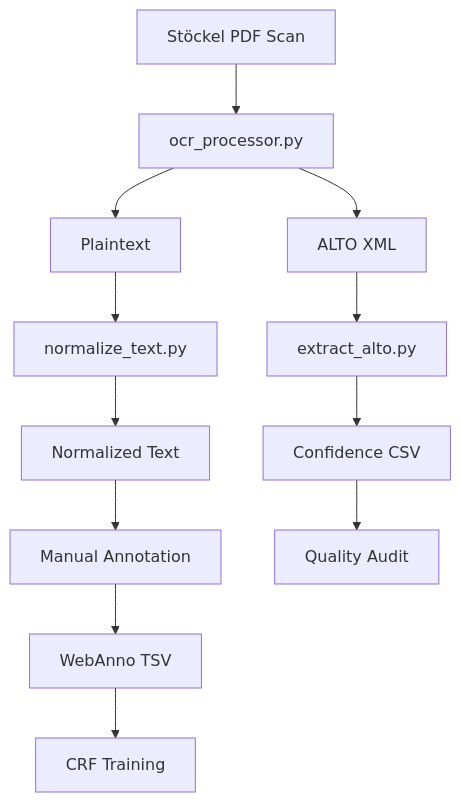
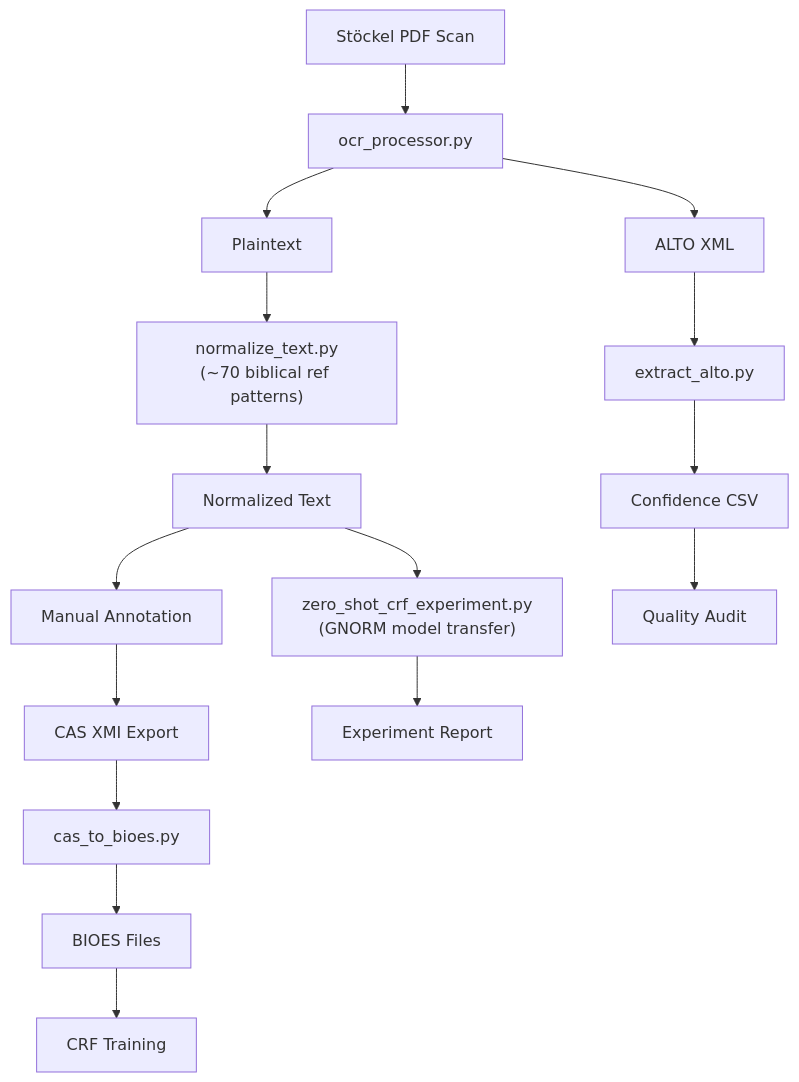
The diagram in docs/pipeline/stockel-pilot.md (michalvalco/ITSERR-RESILIENCE-Project), drawn with Mermaid before and after one commit. The commit also changed other lines of this file and 6 other files, not shown here.

````diff
--- a/docs/pipeline/stockel-pilot.md
+++ b/docs/pipeline/stockel-pilot.md
@@ -68,14 +72,18 @@
 ```mermaid
 graph TB
     PDF[Stöckel PDF Scan] --> OCR[ocr_processor.py]
     OCR --> TXT[Plaintext]
     OCR --> ALTO[ALTO XML]
     ALTO --> Parser[extract_alto.py]
     Parser --> Confidence[Confidence CSV]
-    TXT --> Norm[normalize_text.py]
+    TXT --> Norm["normalize_text.py<br>(~70 biblical ref patterns)"]
     Norm --> Clean[Normalized Text]
     Clean --> INCEpTION[Manual Annotation]
-    INCEpTION --> Export[WebAnno TSV]
-    Export --> CRF[CRF Training]
+    INCEpTION --> CASExport[CAS XMI Export]
+    CASExport --> Converter[cas_to_bioes.py]
+    Converter --> BIOES[BIOES Files]
+    BIOES --> CRF[CRF Training]
+    Clean --> ZeroShot["zero_shot_crf_experiment.py<br>(GNORM model transfer)"]
+    ZeroShot --> Report[Experiment Report]
     Confidence --> QA[Quality Audit]
 ```
````
